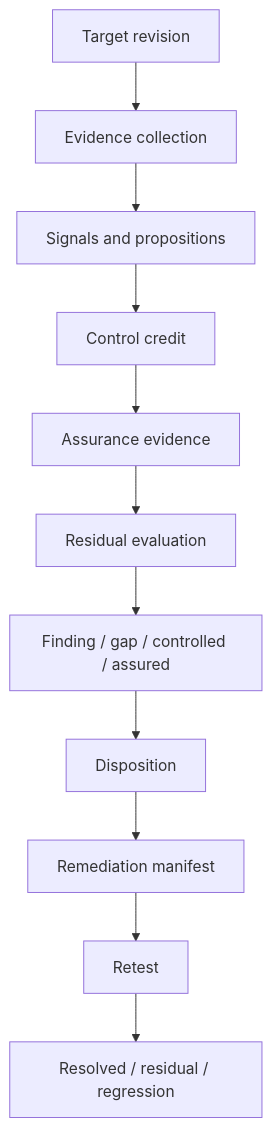
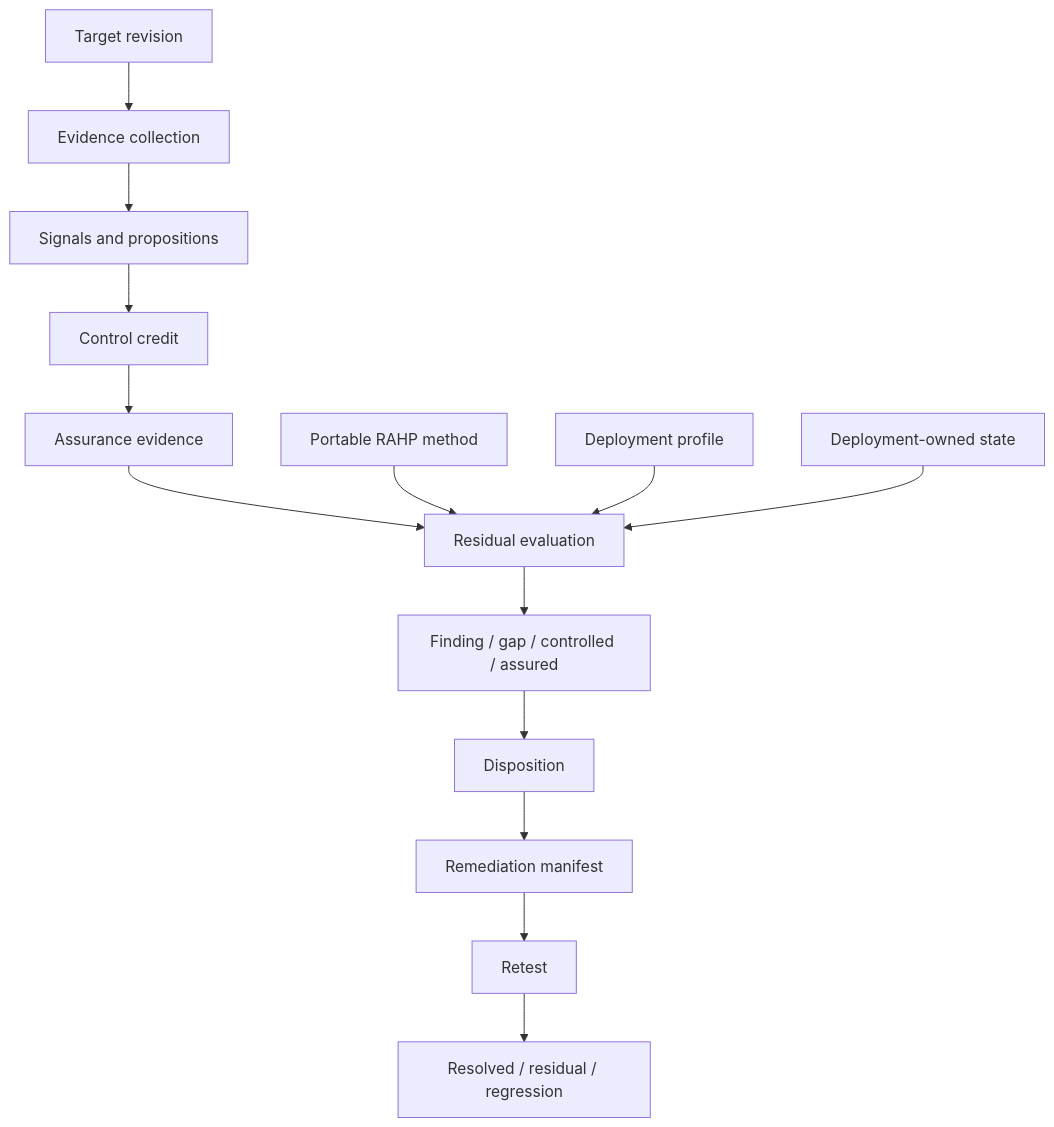
The diagram in README.md (sankarshanmukhopadhyay/dtgwg-rahp-tf), drawn with Mermaid before and after one commit. The commit also changed other lines of this file, not shown here.

````diff
--- a/README.md
+++ b/README.md
@@ -117,13 +117,17 @@
 ```mermaid
 flowchart TB
   A[Target revision] --> B[Evidence collection]
   B --> C[Signals and propositions]
   C --> D[Control credit]
   D --> E[Assurance evidence]
   E --> F[Residual evaluation]
   F --> G[Finding / gap / controlled / assured]
   G --> H[Disposition]
   H --> I[Remediation manifest]
   I --> J[Retest]
   J --> K[Resolved / residual / regression]
+
+  M[Portable RAHP method] --> F
+  P[Deployment profile] --> F
+  X[Deployment-owned state] --> F
 ```
````
